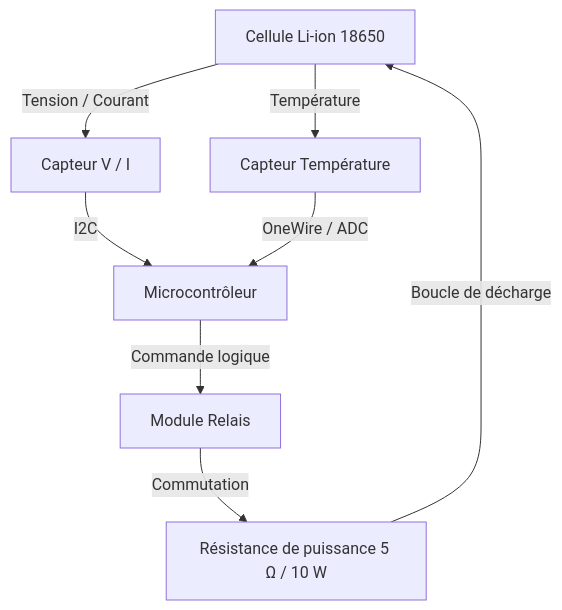
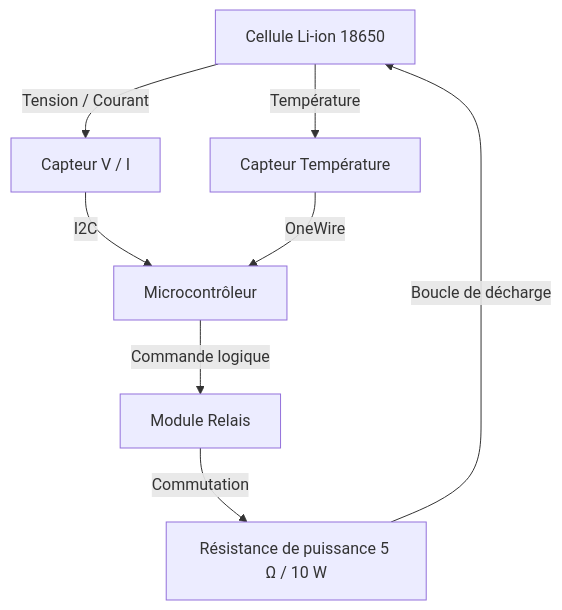
Before and after one commit to wtoubali/Battery-Test-Bench-Complete-Documentation: the diagram in README.md, drawn with Mermaid.

````diff
--- a/README.md
+++ b/README.md
@@ -57,11 +57,11 @@
 ```mermaid
 graph TD
     Cellule[Cellule Li-ion 18650] -->|Tension / Courant| Capteurs[Capteur V / I]
     Cellule -->|Température| DS18B20[Capteur Température]
     Capteurs -->|I2C | MCU[Microcontrôleur]
-    DS18B20 -->|OneWire / ADC| MCU
+    DS18B20 -->|OneWire| MCU
     MCU -->|Commande logique| Relais[Module Relais]
     Relais -->|Commutation| Charge[Résistance de puissance 5 Ω / 10 W]
     Charge -->|Boucle de décharge| Cellule
 
 ```
````
